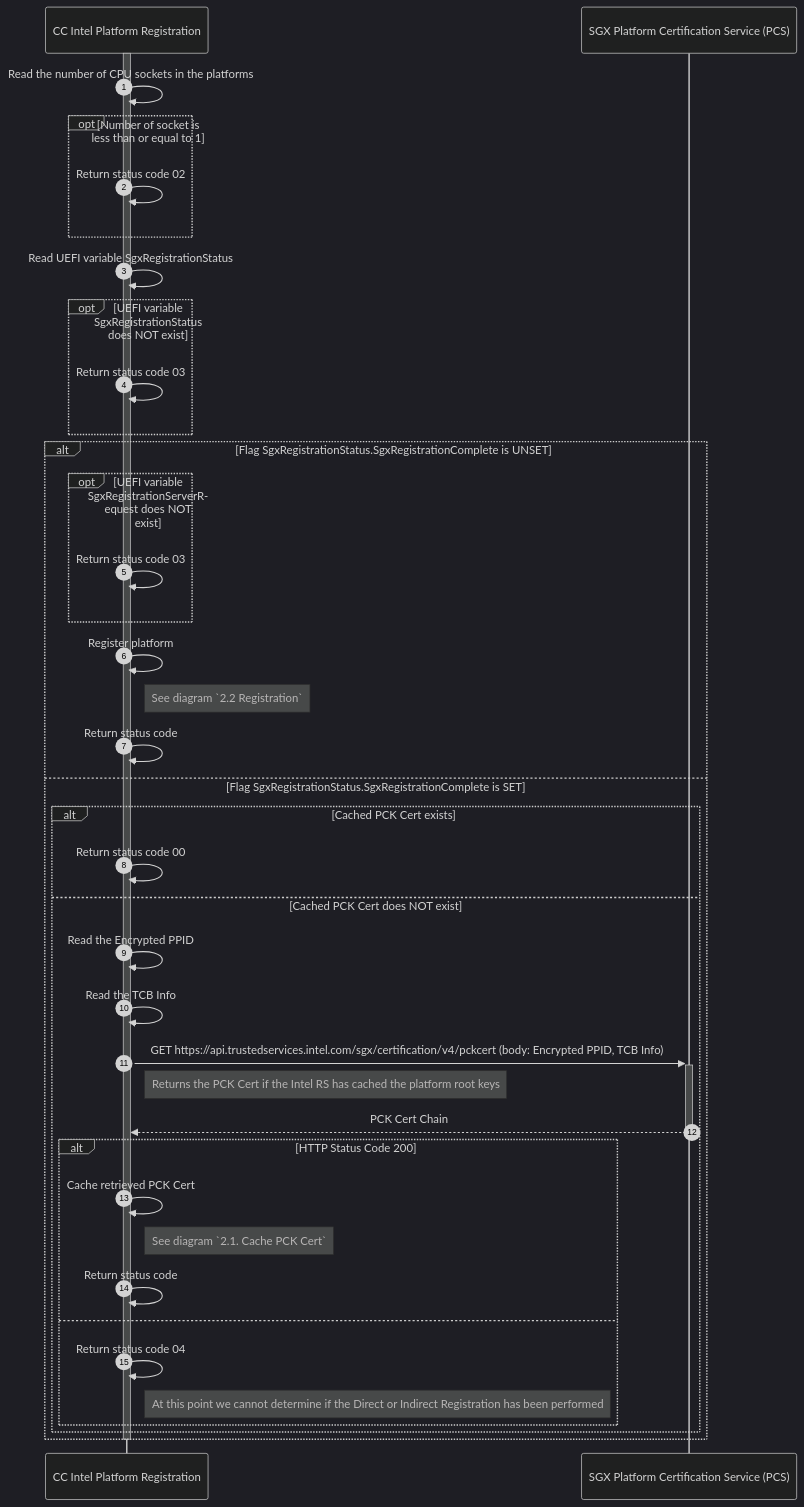
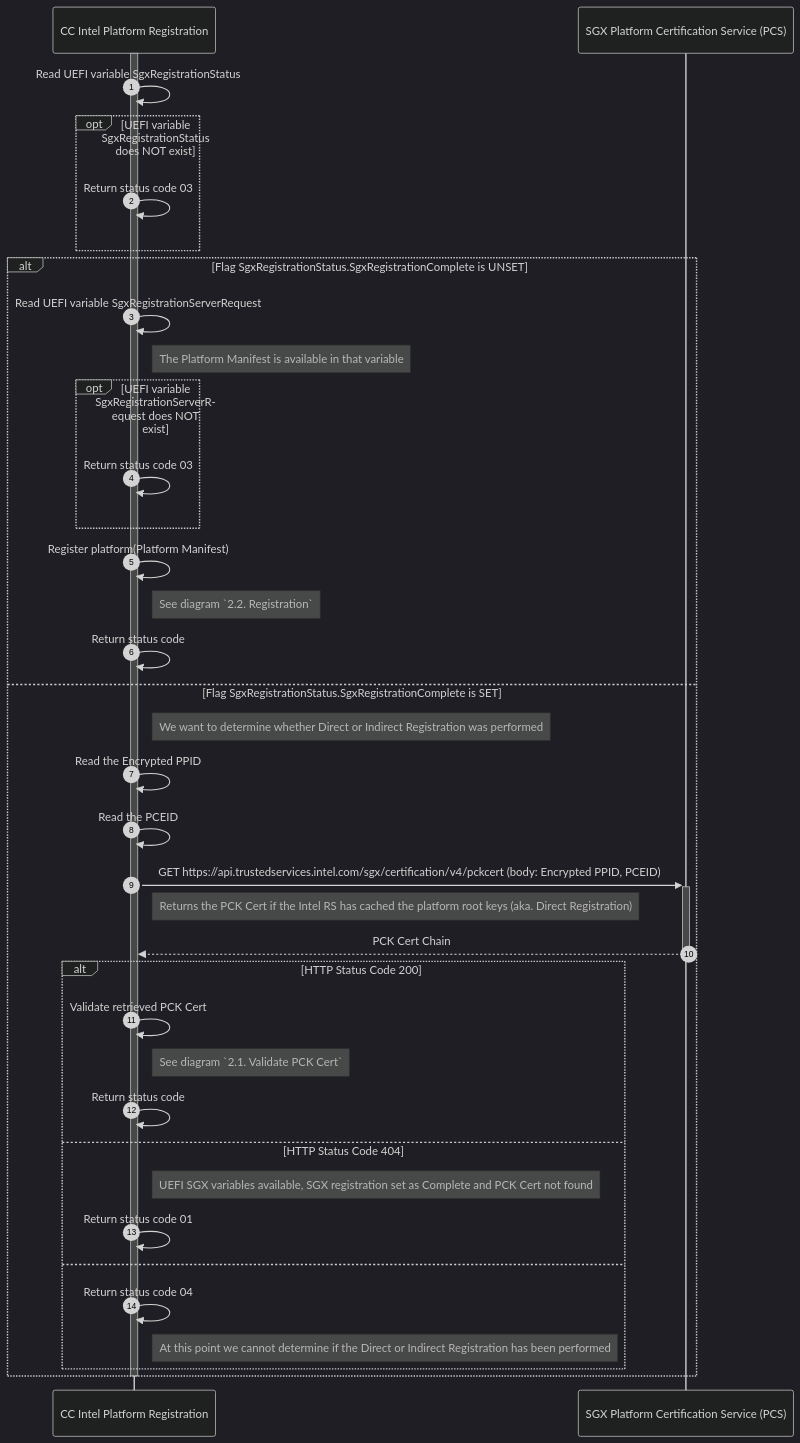
Before and after one commit to opensovereigncloud/cc-intel-platform-registration: the second of 4 diagrams in docs/sequence_diagrams/registration.md, drawn with Mermaid (dark theme). The commit also changed other lines of this file, not shown here.

````diff
--- a/docs/sequence_diagrams/registration.md
+++ b/docs/sequence_diagrams/registration.md
@@ -77,57 +78,54 @@
 ```mermaid
 sequenceDiagram
     participant cc_ipr as CC Intel Platform Registration
     participant pcs as SGX Platform Certification Service (PCS)
 
     autonumber
 
     activate cc_ipr
 
-    cc_ipr->>cc_ipr: Read the number of CPU sockets in the platforms
-        
-    opt Number of socket is less than or equal to 1
-        cc_ipr->>cc_ipr: Return status code 02
-    end 
-
     cc_ipr->>cc_ipr: Read UEFI variable SgxRegistrationStatus
 
     opt UEFI variable SgxRegistrationStatus does NOT exist
         cc_ipr->>cc_ipr: Return status code 03
     end
 
     alt Flag SgxRegistrationStatus.SgxRegistrationComplete is UNSET 
+        cc_ipr->>cc_ipr: Read UEFI variable SgxRegistrationServerRequest
+        note right of cc_ipr: The Platform Manifest is available in that variable
+
         opt UEFI variable SgxRegistrationServerRequest does NOT exist
             cc_ipr->>cc_ipr: Return status code 03
         end
 
-        cc_ipr->>cc_ipr: Register platform
-        note right of cc_ipr: See diagram `2.2 Registration`
+        cc_ipr->>cc_ipr: Register platform(Platform Manifest)
+        note right of cc_ipr: See diagram `2.2. Registration`
 
         cc_ipr->>cc_ipr: Return status code
 
     else Flag SgxRegistrationStatus.SgxRegistrationComplete is SET
-        alt Cached PCK Cert exists
-            cc_ipr->>cc_ipr: Return status code 00 
-        else Cached PCK Cert does NOT exist
-           cc_ipr->>cc_ipr: Read the Encrypted PPID
+        note right of cc_ipr: We want to determine whether Direct or Indirect Registration was performed
+        cc_ipr->>cc_ipr: Read the Encrypted PPID
 
-            cc_ipr->>cc_ipr: Read the TCB Info
+        cc_ipr->>cc_ipr: Read the PCEID
 
-            cc_ipr->>+pcs: GET https://api.trustedservices.intel.com/sgx/certification/v4/pckcert (body: Encrypted PPID, TCB Info)
-                note right of cc_ipr: Returns the PCK Cert if the Intel RS has cached the platform root keys
-            pcs-->>-cc_ipr: PCK Cert Chain
+        cc_ipr->>+pcs: GET https://api.trustedservices.intel.com/sgx/certification/v4/pckcert (body: Encrypted PPID, PCEID)
+            note right of cc_ipr: Returns the PCK Cert if the Intel RS has cached the platform root keys (aka. Direct Registration)
+        pcs-->>-cc_ipr: PCK Cert Chain
 
-            alt HTTP Status Code 200
-                cc_ipr->>cc_ipr: Cache retrieved PCK Cert
-                note right of cc_ipr: See diagram `2.1. Cache PCK Cert`
+        alt HTTP Status Code 200
+            cc_ipr->>cc_ipr: Validate retrieved PCK Cert
+            note right of cc_ipr: See diagram `2.1. Validate PCK Cert`
 
-                cc_ipr->>cc_ipr: Return status code
-            else
-                cc_ipr->>cc_ipr: Return status code 04
-                note right of cc_ipr: At this point we cannot determine if the Direct or Indirect Registration has been performed
-            end
-        end        
+            cc_ipr->>cc_ipr: Return status code
+        else HTTP Status Code 404
+            note right of cc_ipr: UEFI SGX variables available, SGX registration set as Complete and PCK Cert not found
+            cc_ipr->>cc_ipr: Return status code 01
+        else
+            cc_ipr->>cc_ipr: Return status code 04
+            note right of cc_ipr: At this point we cannot determine if the Direct or Indirect Registration has been performed
+        end     
     end
 
     deactivate cc_ipr
 ```
````
